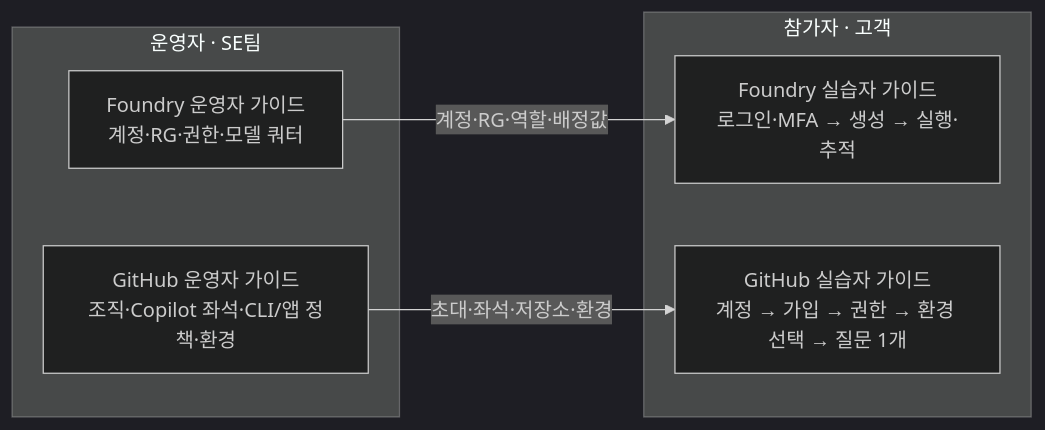
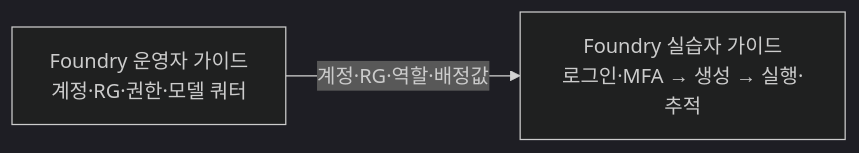
One commit to junwoojeong100/microsoft-foundry-ignite-2026 changed the diagram in README.md. Above: the diagram before and after it, drawn with Mermaid (dark theme). The commit also changed other lines of this file and 6 other files, not shown here.

````diff
--- a/README.md
+++ b/README.md
@@ -14,13 +26,4 @@
 ```mermaid
 flowchart LR
-  subgraph OP["운영자 · SE팀"]
-    O1["Foundry 운영자 가이드<br/>계정·RG·권한·모델 쿼터"]
-    O2["GitHub 운영자 가이드<br/>조직·Copilot 좌석·CLI/앱 정책·환경"]
-  end
-  subgraph PA["참가자 · 고객"]
-    P1["Foundry 실습자 가이드<br/>로그인·MFA → 생성 → 실행·추적"]
-    P2["GitHub 실습자 가이드<br/>계정 → 가입 → 권한 → 환경 선택 → 질문 1개"]
-  end
-  O1 -->|"계정·RG·역할·배정값"| P1
-  O2 -->|"초대·좌석·저장소·환경"| P2
+  O["Foundry 운영자 가이드<br/>계정·RG·권한·모델 쿼터"] -->|"계정·RG·역할·배정값"| P["Foundry 실습자 가이드<br/>로그인·MFA → 생성 → 실행·추적"]
 ```
````
